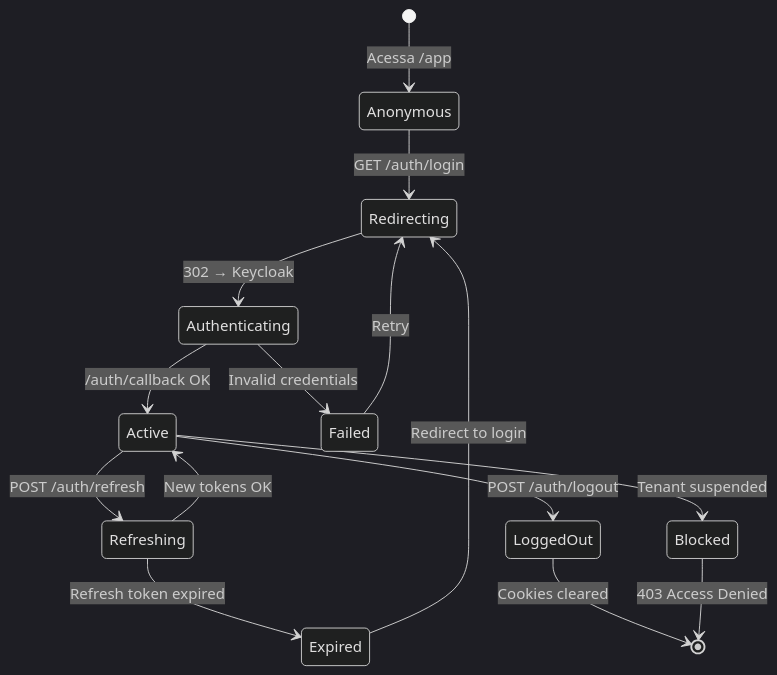
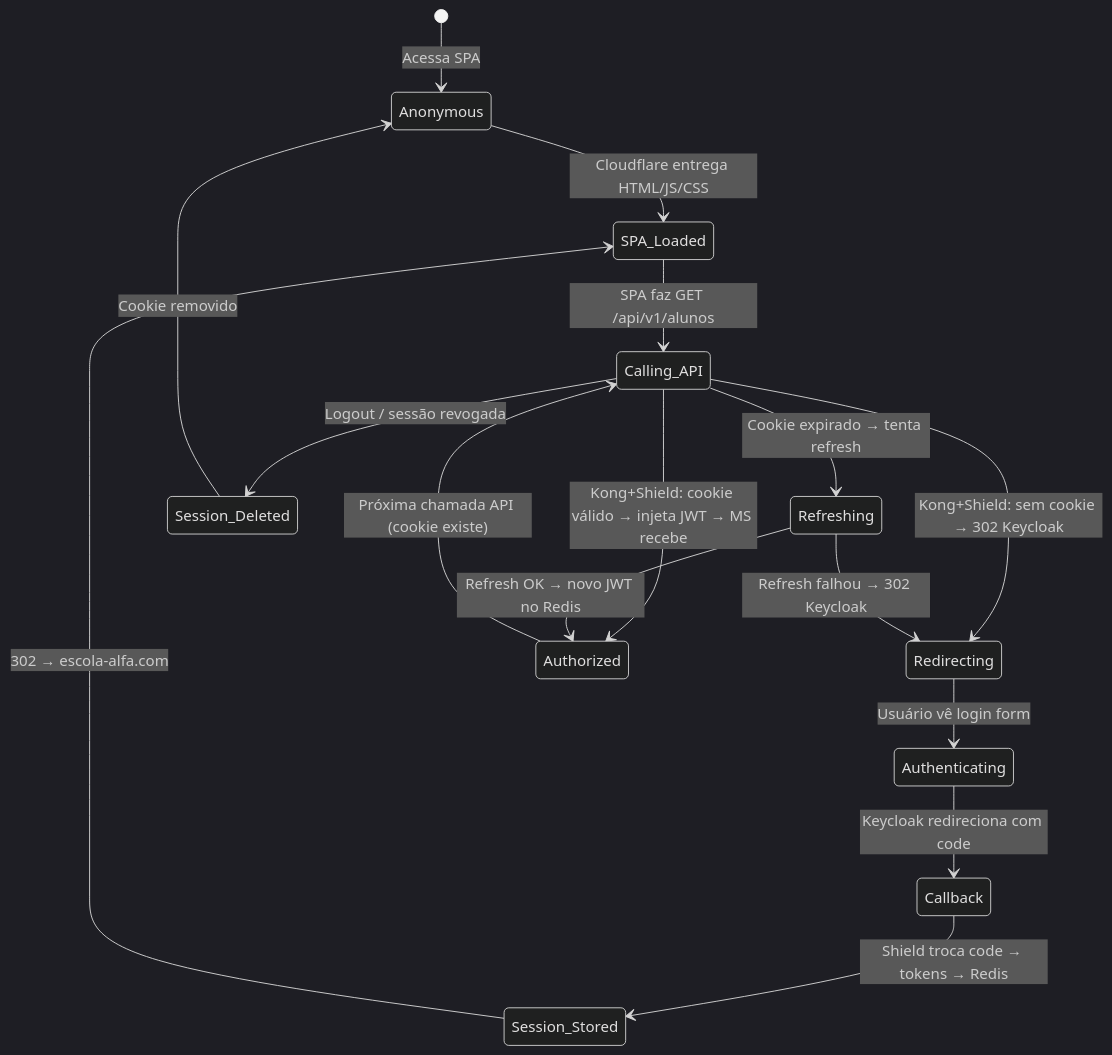
The sixth of 7 diagrams in business-inputs/business-projects/PRJ-TEC-2026-0004-PROJETO-SHIELD/12-LLD-PRJ-TEC-2026-0004-PROJETO-SHIELD.md (bolismar69/workspace-fbso), drawn with Mermaid (dark theme) before and after one commit. The commit also changed other lines of this file and 7 other files, not shown here.

````diff
--- a/business-inputs/business-projects/PRJ-TEC-2026-0004-PROJETO-SHIELD/12-LLD-PRJ-TEC-2026-0004-PROJETO-SHIELD.md
+++ b/business-inputs/business-projects/PRJ-TEC-2026-0004-PROJETO-SHIELD/12-LLD-PRJ-TEC-2026-0004-PROJETO-SHIELD.md
@@ -274,22 +228,23 @@
 ```mermaid
 stateDiagram-v2
-    [*] --> Anonymous : Acessa /app
+    [*] --> Anonymous : Acessa SPA
 
-    Anonymous --> Redirecting : GET /auth/login
-    Redirecting --> Authenticating : 302 → Keycloak
-    Authenticating --> Active : /auth/callback OK
-    Authenticating --> Failed : Invalid credentials
-    Failed --> Redirecting : Retry
+    Anonymous --> SPA_Loaded : Cloudflare entrega HTML/JS/CSS
+    SPA_Loaded --> Calling_API : SPA faz GET /api/v1/alunos
+    Calling_API --> Redirecting : Kong+Shield: sem cookie → 302 Keycloak
+    Calling_API --> Authorized : Kong+Shield: cookie válido → injeta JWT → MS recebe
 
-    Active --> Refreshing : POST /auth/refresh
-    Refreshing --> Active : New tokens OK
-    Refreshing --> Expired : Refresh token expired
+    Redirecting --> Authenticating : Usuário vê login form
+    Authenticating --> Callback : Keycloak redireciona com code
+    Callback --> Session_Stored : Shield troca code → tokens → Redis
+    Session_Stored --> SPA_Loaded : 302 → escola-alfa.com
 
-    Active --> LoggedOut : POST /auth/logout
-    LoggedOut --> [*] : Cookies cleared
+    Authorized --> Calling_API : Próxima chamada API (cookie existe)
 
-    Active --> Blocked : Tenant suspended
-    Blocked --> [*] : 403 Access Denied
+    Calling_API --> Refreshing : Cookie expirado → tenta refresh
+    Refreshing --> Authorized : Refresh OK → novo JWT no Redis
+    Refreshing --> Redirecting : Refresh falhou → 302 Keycloak
 
-    Expired --> Redirecting : Redirect to login
+    Calling_API --> Session_Deleted : Logout / sessão revogada
+    Session_Deleted --> Anonymous : Cookie removido
 ```
````
